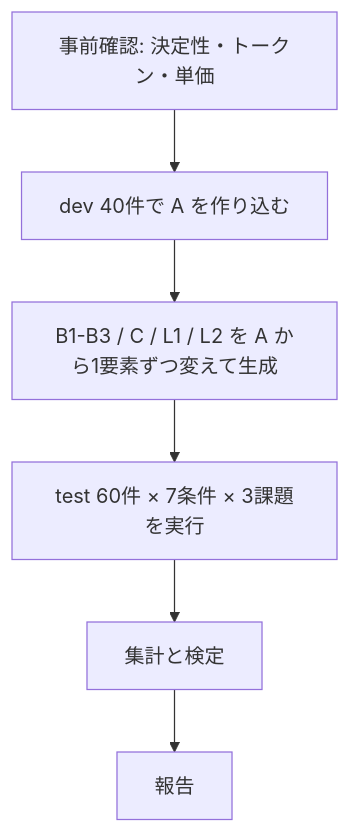
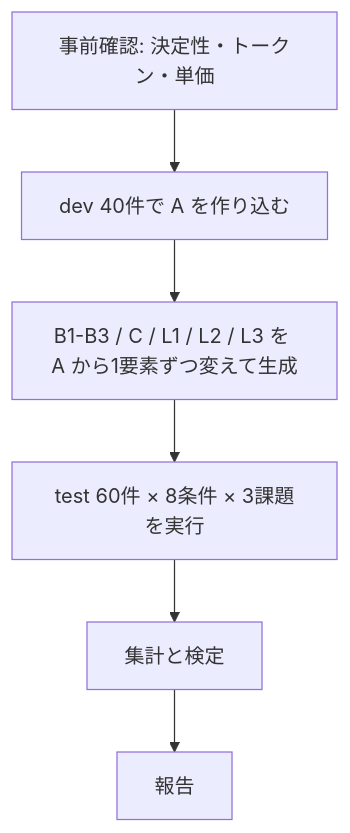
The diagram in docs/source-of-truth/design-of-evaluation.md (gnkm/jev-prompts), drawn with Mermaid before and after one commit. The commit also changed other lines of this file, not shown here.

````diff
--- a/docs/source-of-truth/design-of-evaluation.md
+++ b/docs/source-of-truth/design-of-evaluation.md
@@ -240,8 +242,8 @@
 ```mermaid
 flowchart TD
     P[事前確認: 決定性・トークン・単価] --> D[dev 40件で A を作り込む]
-    D --> G[B1-B3 / C / L1 / L2 を A から1要素ずつ変えて生成]
-    G --> T[test 60件 × 7条件 × 3課題を実行]
+    D --> G[B1-B3 / C / L1 / L2 / L3 を A から1要素ずつ変えて生成]
+    G --> T[test 60件 × 8条件 × 3課題を実行]
     T --> A2[集計と検定]
     A2 --> R[報告]
 ```
````
